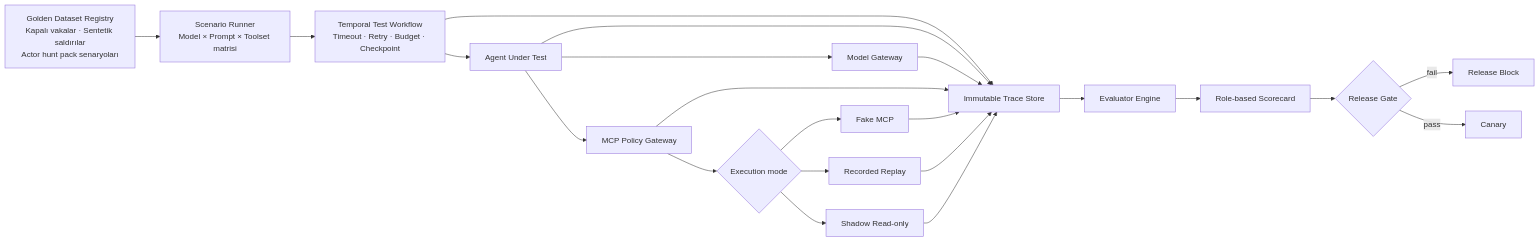
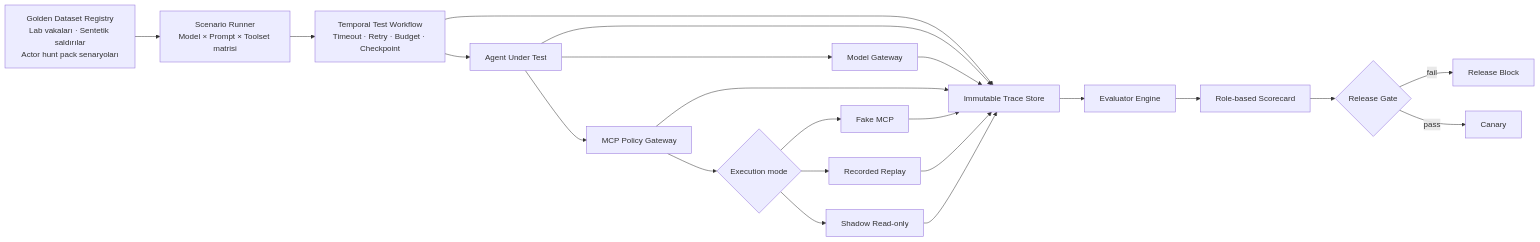
Before and after one commit to wiemBe/ais0c: the first of 3 diagrams in docs/agent-harness.md, drawn with Mermaid. The commit also changed other lines of this file and 43 other files, not shown here.

````diff
--- a/docs/agent-harness.md
+++ b/docs/agent-harness.md
@@ -17,36 +17,36 @@
 ```mermaid
 flowchart LR
-    DS["Golden Dataset Registry<br/>Kapalı vakalar · Sentetik saldırılar<br/>Actor hunt pack senaryoları"]
+    DS["Golden Dataset Registry<br/>Lab vakaları · Sentetik saldırılar<br/>Actor hunt pack senaryoları"]
     SR["Scenario Runner<br/>Model × Prompt × Toolset matrisi"]
     TW["Temporal Test Workflow<br/>Timeout · Retry · Budget · Checkpoint"]
     AG["Agent Under Test"]
     LM["Model Gateway"]
     PG["MCP Policy Gateway"]
     MODE{"Execution mode"}
     FAKE["Fake MCP"]
     REPLAY["Recorded Replay"]
     SHADOW["Shadow Read-only"]
     TRACE["Immutable Trace Store"]
     EVAL["Evaluator Engine"]
     SCORE["Role-based Scorecard"]
     GATE{"Release Gate"}
     BLOCK["Release Block"]
     CANARY["Canary"]
 
     DS --> SR --> TW --> AG
     AG --> LM
     AG --> PG --> MODE
     MODE --> FAKE
     MODE --> REPLAY
     MODE --> SHADOW
     TW --> TRACE
     AG --> TRACE
     LM --> TRACE
     PG --> TRACE
     FAKE --> TRACE
     REPLAY --> TRACE
     SHADOW --> TRACE
     TRACE --> EVAL --> SCORE --> GATE
     GATE -->|fail| BLOCK
     GATE -->|pass| CANARY
 ```
````
